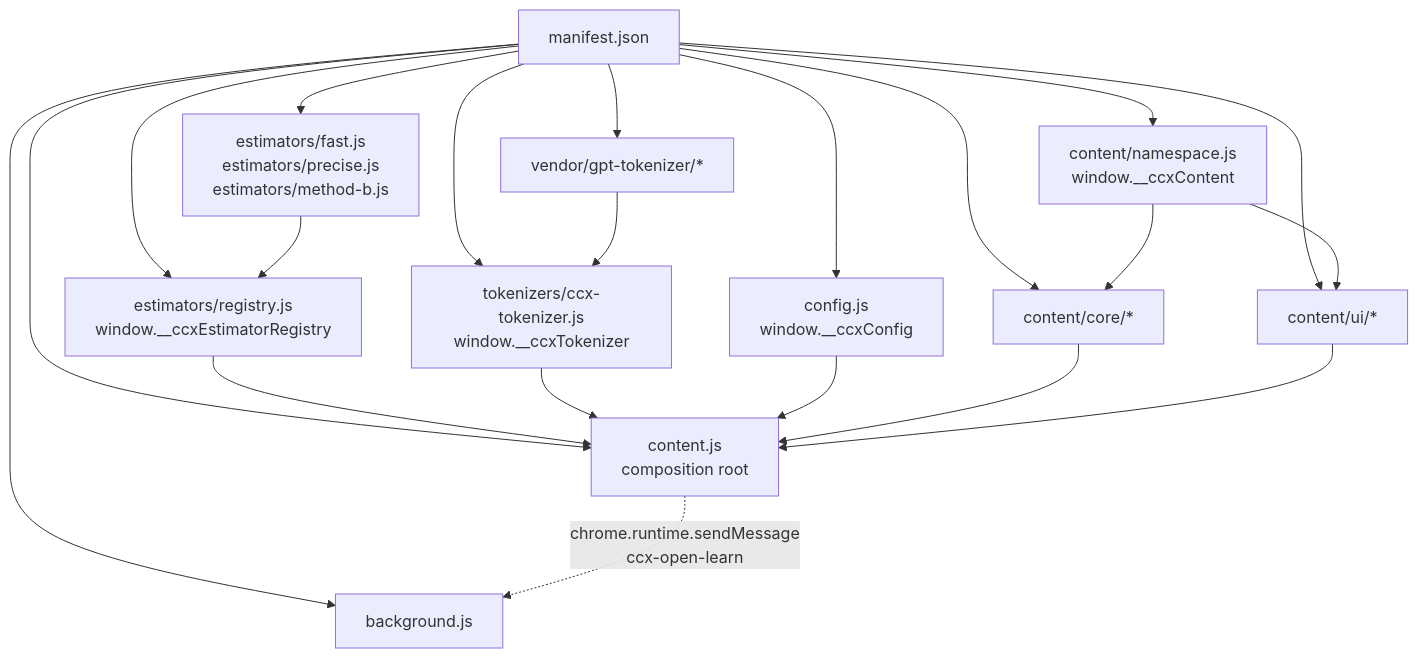
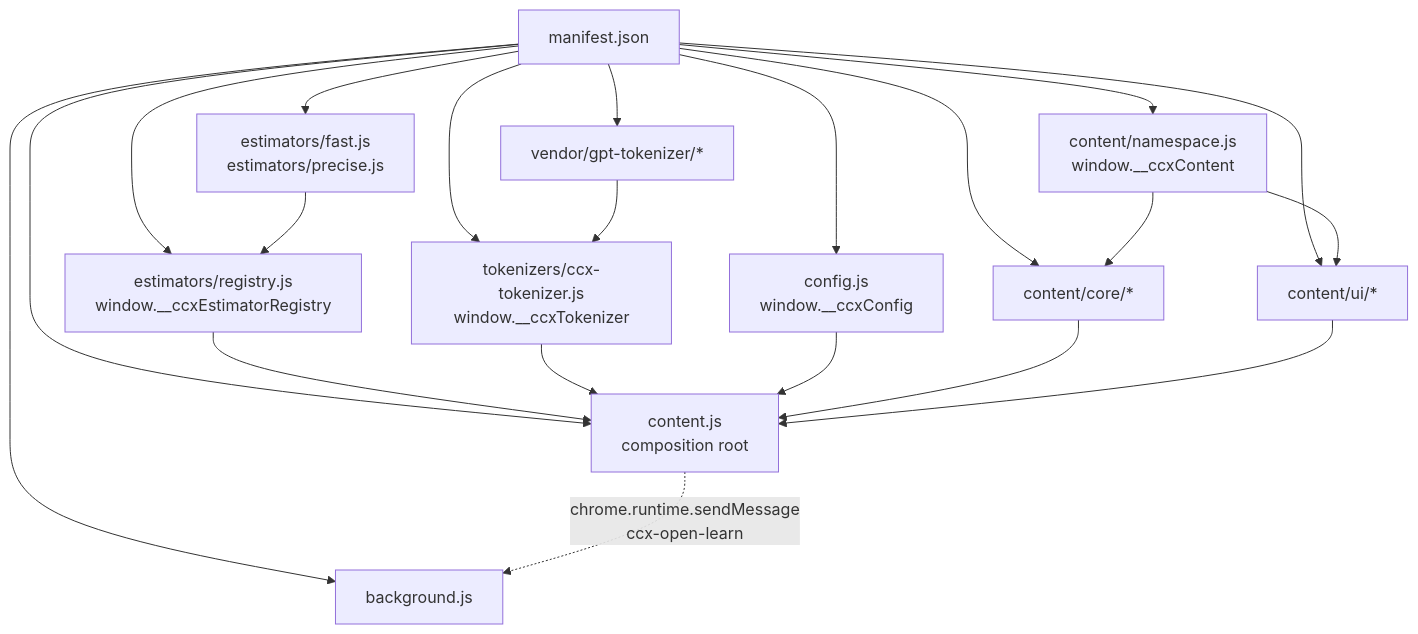
Before and after one commit to namerror/countcontext: the diagram in README.md, drawn with Mermaid. The commit also changed other lines of this file and 2 other files, not shown here.

Commit message:
Codebase cleanup: delete MethodB placeholder

````diff
--- a/README.md
+++ b/README.md
@@ -115,36 +115,36 @@
 ```mermaid
 flowchart TD
   manifest["manifest.json"]
   config["config.js\nwindow.__ccxConfig"]
   namespace["content/namespace.js\nwindow.__ccxContent"]
   registry["estimators/registry.js\nwindow.__ccxEstimatorRegistry"]
-  estimators["estimators/fast.js\nestimators/precise.js\nestimators/method-b.js"]
+  estimators["estimators/fast.js\nestimators/precise.js"]
   tokenizer["tokenizers/ccx-tokenizer.js\nwindow.__ccxTokenizer"]
   vendor["vendor/gpt-tokenizer/*"]
   core["content/core/*"]
   ui["content/ui/*"]
   content["content.js\ncomposition root"]
   background["background.js"]
 
   manifest --> config
   manifest --> namespace
   manifest --> registry
   manifest --> estimators
   manifest --> tokenizer
   manifest --> vendor
   manifest --> core
   manifest --> ui
   manifest --> content
   manifest --> background
 
   namespace --> core
   namespace --> ui
   estimators --> registry
   vendor --> tokenizer
   registry --> content
   tokenizer --> content
   config --> content
   core --> content
   ui --> content
   content -. "chrome.runtime.sendMessage\nccx-open-learn" .-> background
 ```
````
